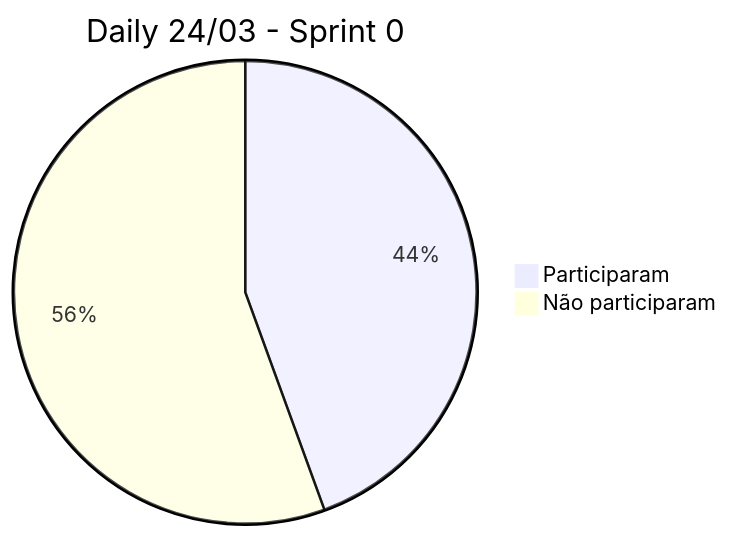
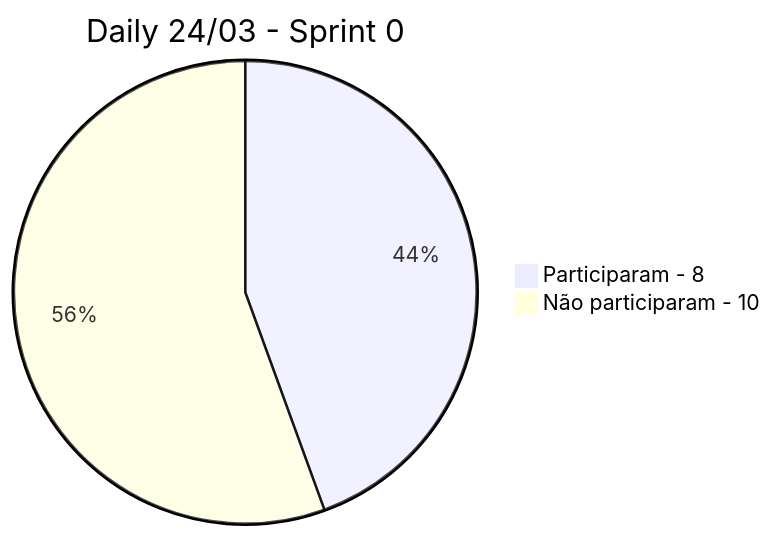
One commit to VeiculosMontadora/Backup_Wiki changed the third of 8 diagrams in Sprints.md. Above: the diagram before and after it, drawn with Mermaid. The commit also changed other lines of this file, not shown here.

````diff
--- a/Sprints.md
+++ b/Sprints.md
@@ -84,5 +300,5 @@
 ```mermaid
 pie title Daily 24/03 - Sprint 0
-    "Participaram" : 8
-    "Não participaram" : 10
+    "Participaram - 8" : 8
+    "Não participaram - 10" : 10
 ```
````
